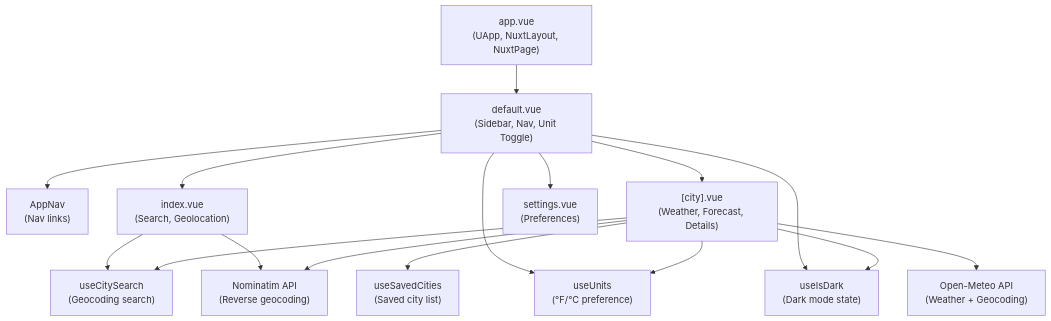
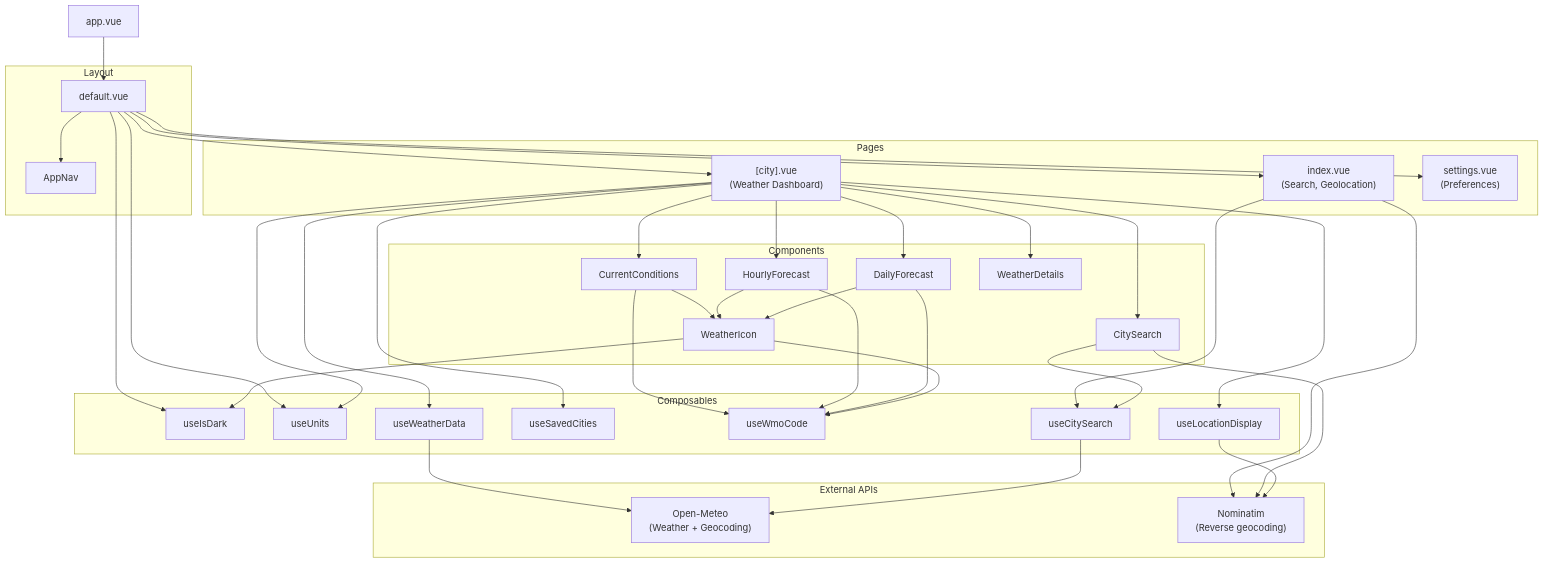
Before and after one commit to mpleroux/weather_app: the diagram in README.md, drawn with Mermaid.

Commit message:
Update Mermaid diagram

````diff
--- a/README.md
+++ b/README.md
@@ -37,31 +37,59 @@
 ```mermaid
 graph TD
-    AppVue["app.vue<br/>(UApp, NuxtLayout, NuxtPage)"]
-    AppNav["AppNav<br/>(Nav links)"]
-    UseIsDark["useIsDark<br/>(Dark mode state)"]
-    DefaultLayout["default.vue<br/>(Sidebar, Nav, Unit Toggle)"]
-    IndexPage["index.vue<br/>(Search, Geolocation)"]
-    CityPage["[city].vue<br/>(Weather, Forecast, Details)"]
-    SettingsPage["settings.vue<br/>(Preferences)"]
-    UseUnits["useUnits<br/>(°F/°C preference)"]
-    UseCitySearch["useCitySearch<br/>(Geocoding search)"]
-    UseSavedCities["useSavedCities<br/>(Saved city list)"]
-    OpenMeteo["Open-Meteo API<br/>(Weather + Geocoding)"]
-    Nominatim["Nominatim API<br/>(Reverse geocoding)"]
+    AppVue["app.vue"]
+
+    subgraph Layout["Layout"]
+        DefaultLayout["default.vue"]
+        AppNav["AppNav"]
+    end
+
+    subgraph Pages["Pages"]
+        IndexPage["index.vue<br/>(Search, Geolocation)"]
+        CityPage["[city].vue<br/>(Weather Dashboard)"]
+        SettingsPage["settings.vue<br/>(Preferences)"]
+    end
+
+    subgraph Components["Components"]
+        CitySearch["CitySearch"]
+        CurrentConditions["CurrentConditions"]
+        HourlyForecast["HourlyForecast"]
+        DailyForecast["DailyForecast"]
+        WeatherDetails["WeatherDetails"]
+        WeatherIcon["WeatherIcon"]
+    end
+
+    subgraph Composables["Composables"]
+        UseIsDark["useIsDark"]
+        UseUnits["useUnits"]
+        UseCitySearch["useCitySearch"]
+        UseSavedCities["useSavedCities"]
+        UseWmoCode["useWmoCode"]
+        UseLocationDisplay["useLocationDisplay"]
+        UseWeatherData["useWeatherData"]
+    end
+
+    subgraph APIs["External APIs"]
+        OpenMeteo["Open-Meteo<br/>(Weather + Geocoding)"]
+        Nominatim["Nominatim<br/>(Reverse geocoding)"]
+    end
 
     AppVue --> DefaultLayout
-    DefaultLayout --> IndexPage
-    DefaultLayout --> CityPage
-    DefaultLayout --> SettingsPage
-    DefaultLayout --> UseUnits
-    DefaultLayout --> AppNav
-    DefaultLayout --> UseIsDark
-    IndexPage --> UseCitySearch
-    IndexPage --> Nominatim
-    CityPage --> UseCitySearch
-    CityPage --> UseSavedCities
-    CityPage --> UseUnits
-    CityPage --> UseIsDark
-    CityPage --> OpenMeteo
-    CityPage --> Nominatim
+    DefaultLayout --> AppNav & IndexPage & CityPage & SettingsPage
+    DefaultLayout --> UseUnits & UseIsDark
+
+    IndexPage --> UseCitySearch & Nominatim
+
+    CityPage --> CitySearch & CurrentConditions & HourlyForecast & DailyForecast & WeatherDetails
+    CityPage --> UseLocationDisplay & UseWeatherData & UseSavedCities & UseUnits
+
+    CitySearch --> UseCitySearch & Nominatim
+
+    CurrentConditions --> WeatherIcon & UseWmoCode
+    HourlyForecast --> WeatherIcon & UseWmoCode
+    DailyForecast --> WeatherIcon & UseWmoCode
+    WeatherIcon --> UseWmoCode & UseIsDark
+
+    UseWeatherData --> OpenMeteo
+    UseLocationDisplay --> Nominatim
+    UseCitySearch --> OpenMeteo
 ```
````
